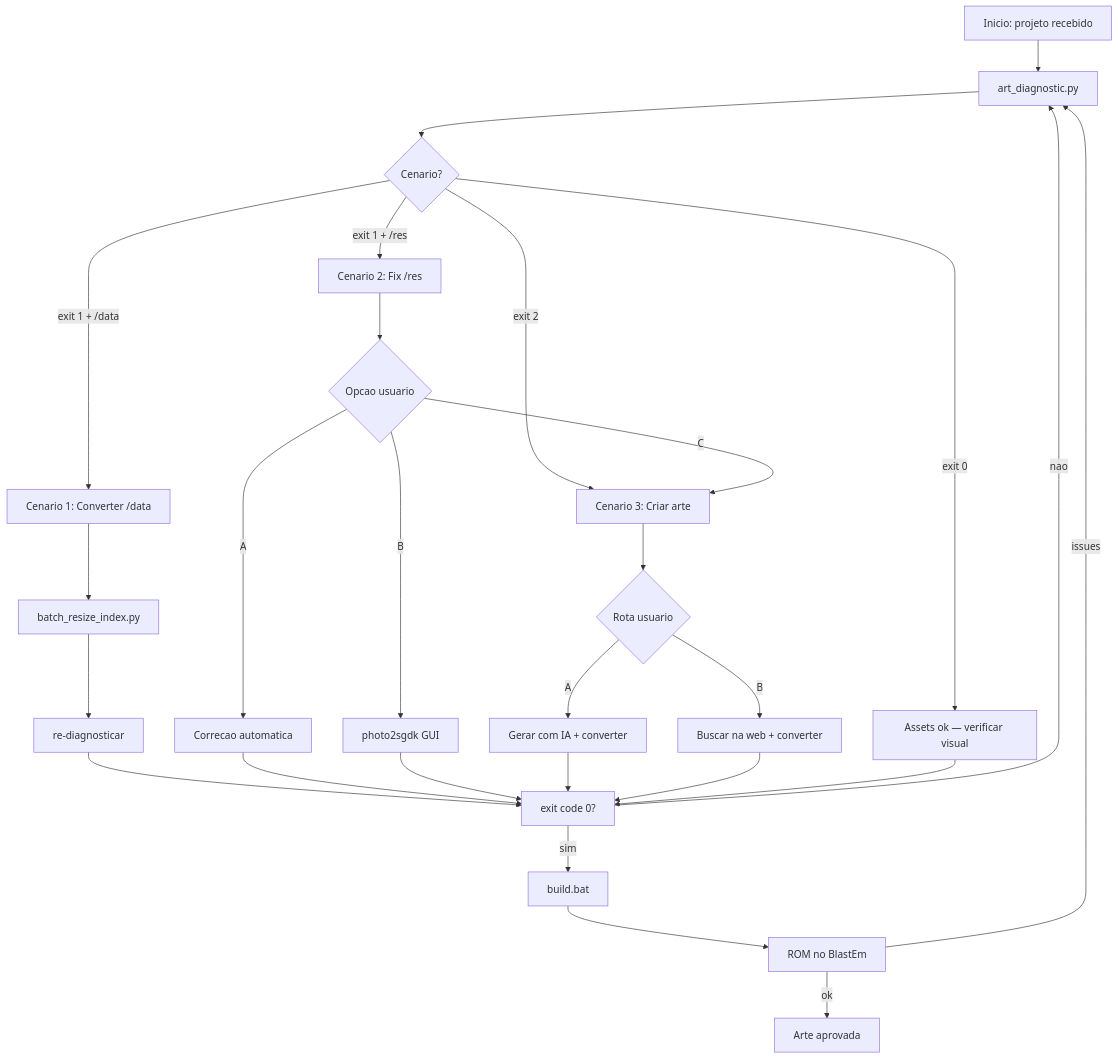
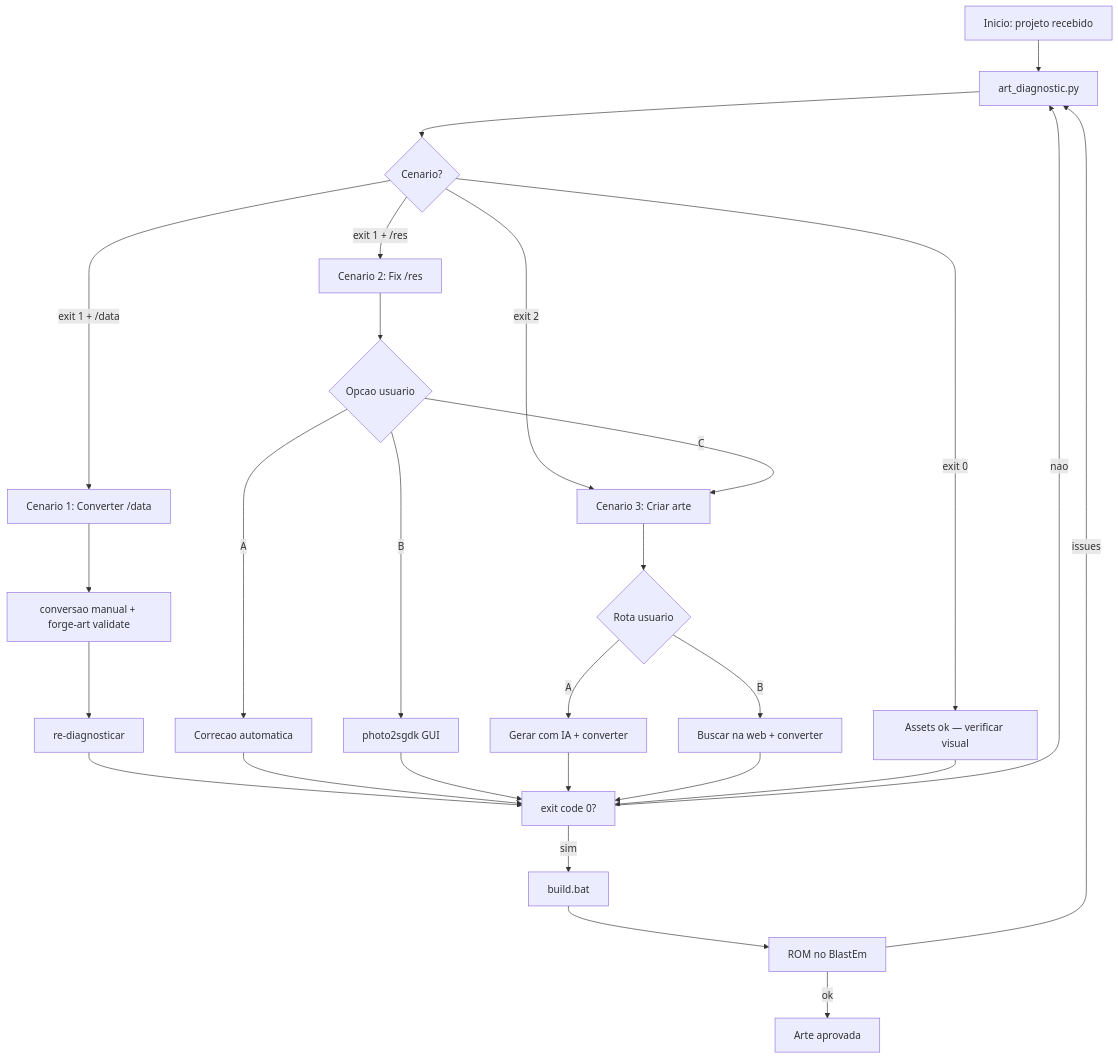
One commit to Misael-art/SGDK-Forge changed the diagram in tools/sgdk_wrapper/.agent/workflows/art-onboarding.md. Above: the diagram before and after it, drawn with Mermaid. The commit also changed other lines of this file and 5545 other files, not shown here.

````diff
--- a/tools/sgdk_wrapper/.agent/workflows/art-onboarding.md
+++ b/tools/sgdk_wrapper/.agent/workflows/art-onboarding.md
@@ -213,35 +228,35 @@
 ```mermaid
 flowchart TD
     start[Inicio: projeto recebido] --> diag[art_diagnostic.py]
     diag --> c1{Cenario?}
     c1 -->|exit 1 + /data| cen1[Cenario 1: Converter /data]
     c1 -->|exit 1 + /res| cen2[Cenario 2: Fix /res]
     c1 -->|exit 2| cen3[Cenario 3: Criar arte]
     c1 -->|exit 0| ok[Assets ok — verificar visual]
 
-    cen1 --> fix1[batch_resize_index.py]
+    cen1 --> fix1[conversao manual + forge-art validate]
     fix1 --> val1[re-diagnosticar]
 
     cen2 --> opt{Opcao usuario}
     opt -->|A| auto[Correcao automatica]
     opt -->|B| gui[photo2sgdk GUI]
     opt -->|C| cen3
 
     cen3 --> rota{Rota usuario}
     rota -->|A| ai[Gerar com IA + converter]
     rota -->|B| web[Buscar na web + converter]
 
     val1 --> gate[exit code 0?]
     auto --> gate
     gui --> gate
     ai --> gate
     web --> gate
     ok --> gate
 
     gate -->|sim| build[build.bat]
     gate -->|nao| diag
 
     build --> emulator[ROM no BlastEm]
     emulator -->|ok| done[Arte aprovada]
     emulator -->|issues| diag
 ```
````
